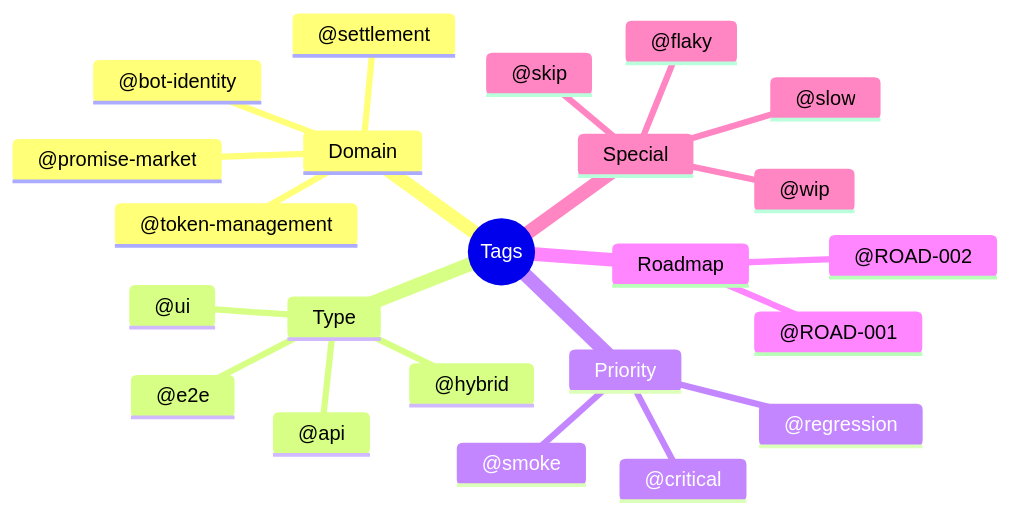
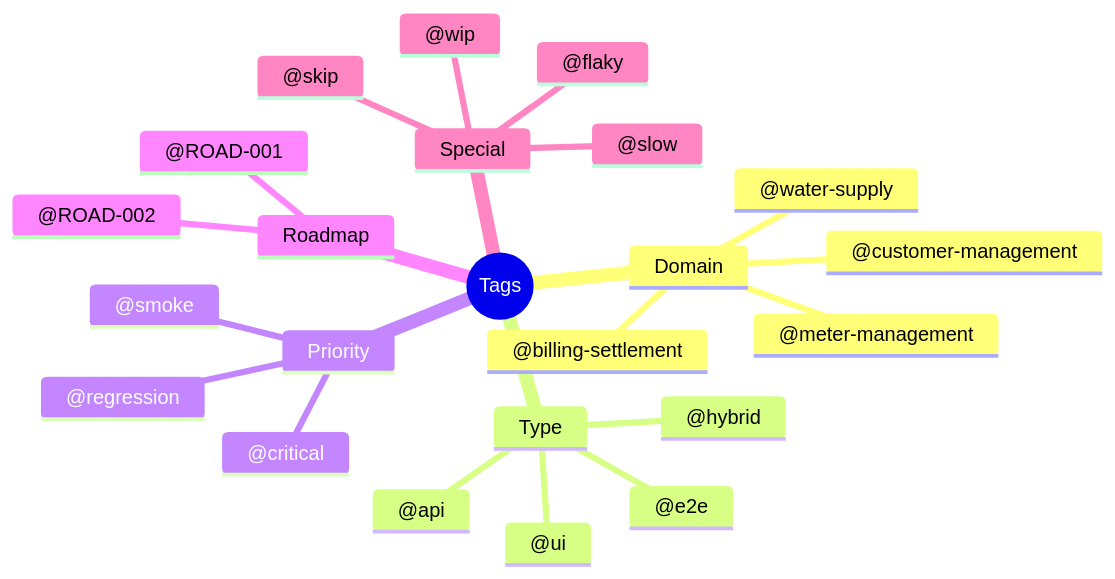
The fifth of 5 diagrams in docs/bdd/02-gherkin-syntax.md (esimplicityinc/water-demo), drawn with Mermaid before and after one commit. The commit also changed other lines of this file and 6 other files, not shown here.

````diff
--- a/docs/bdd/02-gherkin-syntax.md
+++ b/docs/bdd/02-gherkin-syntax.md
@@ -254,26 +254,26 @@
 ```mermaid
 mindmap
   root((Tags))
     Domain
-      @bot-identity
-      @promise-market
-      @token-management
-      @settlement
+      @meter-management
+      @customer-management
+      @water-supply
+      @billing-settlement
     Type
       @api
       @ui
       @hybrid
       @e2e
     Priority
       @critical
       @smoke
       @regression
     Roadmap
       @ROAD-001
       @ROAD-002
     Special
       @slow
       @flaky
       @wip
       @skip
 ```
````
